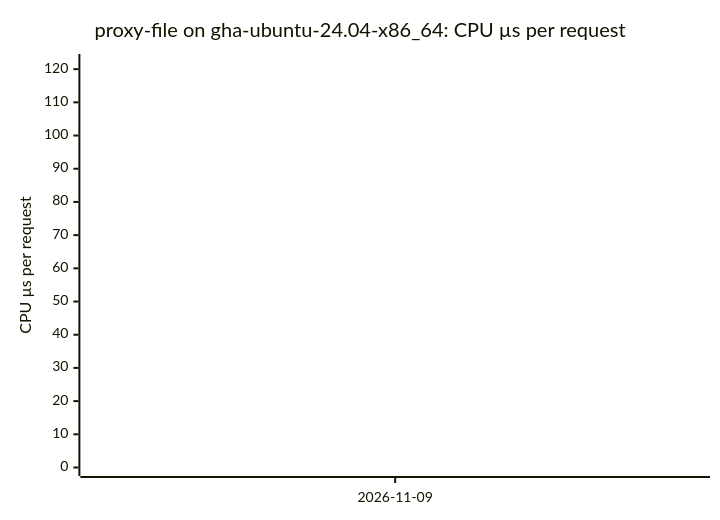
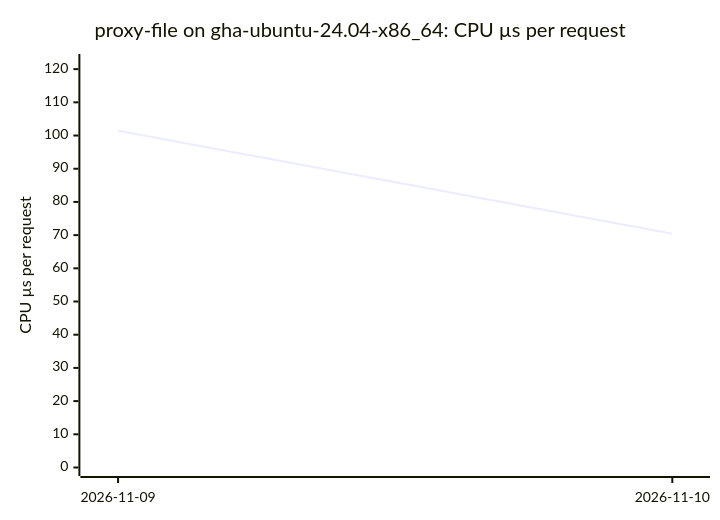
Before and after one commit to ThePixelPilgrim/durchlauferhitzer: the seventh of 18 diagrams in BENCHMARKS.md, drawn with Mermaid. The commit also changed other lines of this file and 1 other file, not shown here.

````diff
--- a/BENCHMARKS.md
+++ b/BENCHMARKS.md
@@ -86,7 +86,7 @@
 ```mermaid
 xychart-beta
   title "proxy-file on gha-ubuntu-24.04-x86_64: CPU µs per request"
-  x-axis ["2026-11-09"]
+  x-axis ["2026-11-09", "2026-11-10"]
   y-axis "CPU µs per request" 0 --> 122
-  line [101.47]
+  line [101.47, 70.43]
 ```
````
